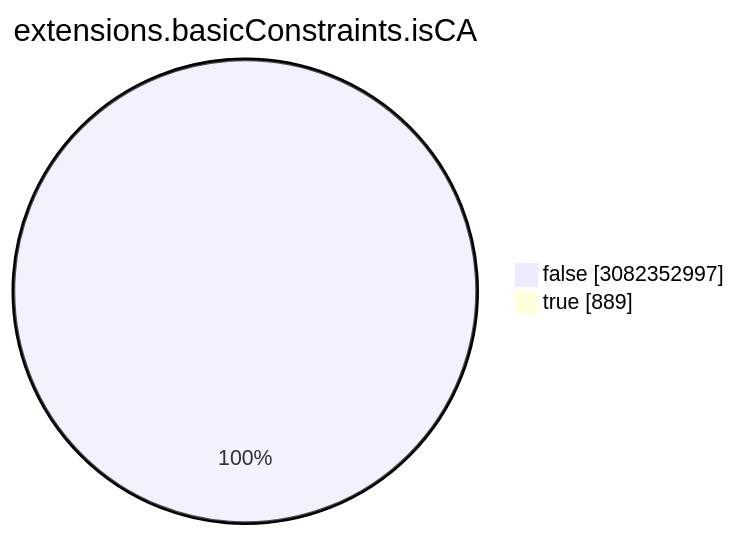
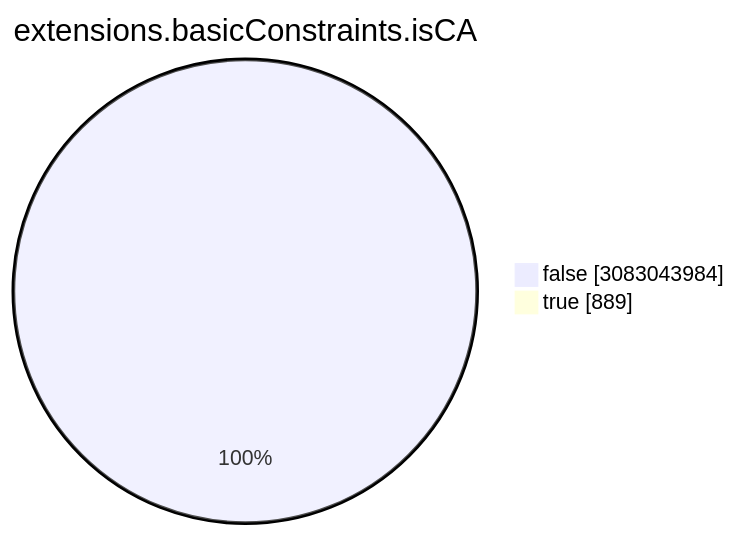
One commit to christiankrug/ctmonitor_visualization changed the seventh of 15 diagrams in TOTAL/README.md. Above: the diagram before and after it, drawn with Mermaid. The commit also changed other lines of this file, not shown here.

````diff
--- a/TOTAL/README.md
+++ b/TOTAL/README.md
@@ -3088,6 +3088,6 @@
 ```mermaid
 pie showData
 title extensions.basicConstraints.isCA
-"false" :3082352997
+"false" :3083043984
 "true" :889
 ```
````
